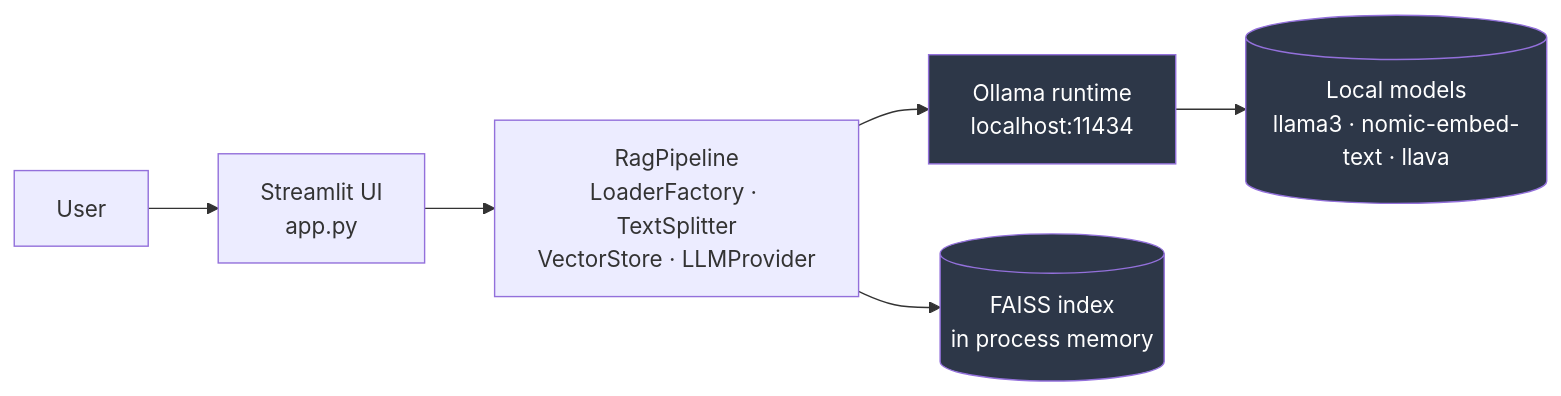
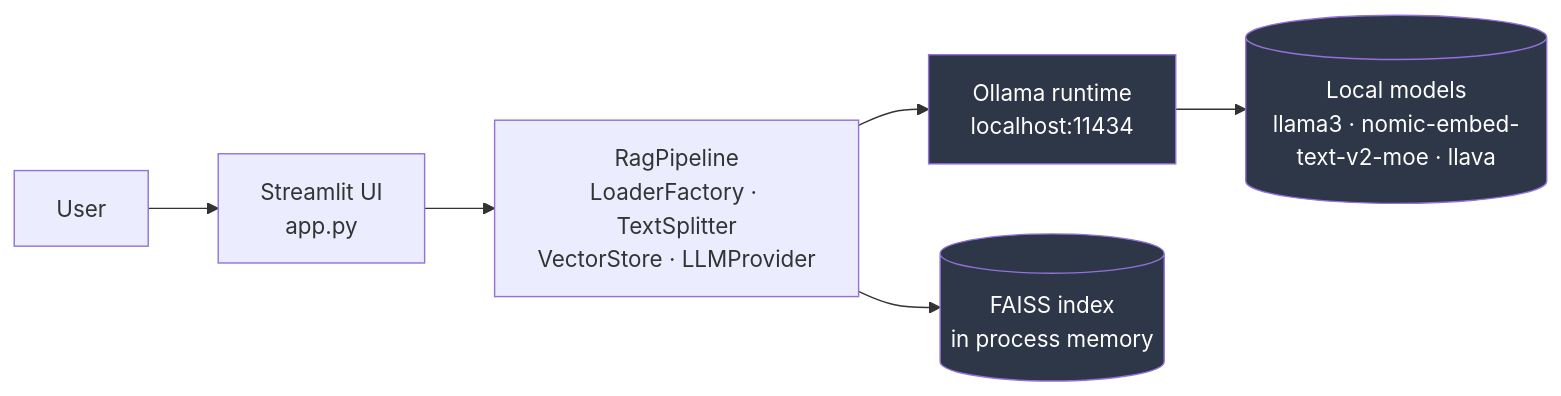
Before and after one commit to fdavchev/DocuMind-AI: the first of 5 diagrams in docs/architecture.md, drawn with Mermaid. The commit also changed other lines of this file and 24 other files, not shown here.

````diff
--- a/docs/architecture.md
+++ b/docs/architecture.md
@@ -22,12 +22,12 @@
 ```mermaid
 graph LR
     U[User] --> S[Streamlit UI<br/>app.py]
     S --> P[RagPipeline<br/>LoaderFactory · TextSplitter<br/>VectorStore · LLMProvider]
     P --> O[Ollama runtime<br/>localhost:11434]
-    O --> M[(Local models<br/>llama3 · nomic-embed-text · llava)]
+    O --> M[(Local models<br/>llama3 · nomic-embed-text-v2-moe · llava)]
     P --> F[(FAISS index<br/>in process memory)]
 
     style O fill:#2d3748,color:#fff
     style M fill:#2d3748,color:#fff
     style F fill:#2d3748,color:#fff
 ```
````
